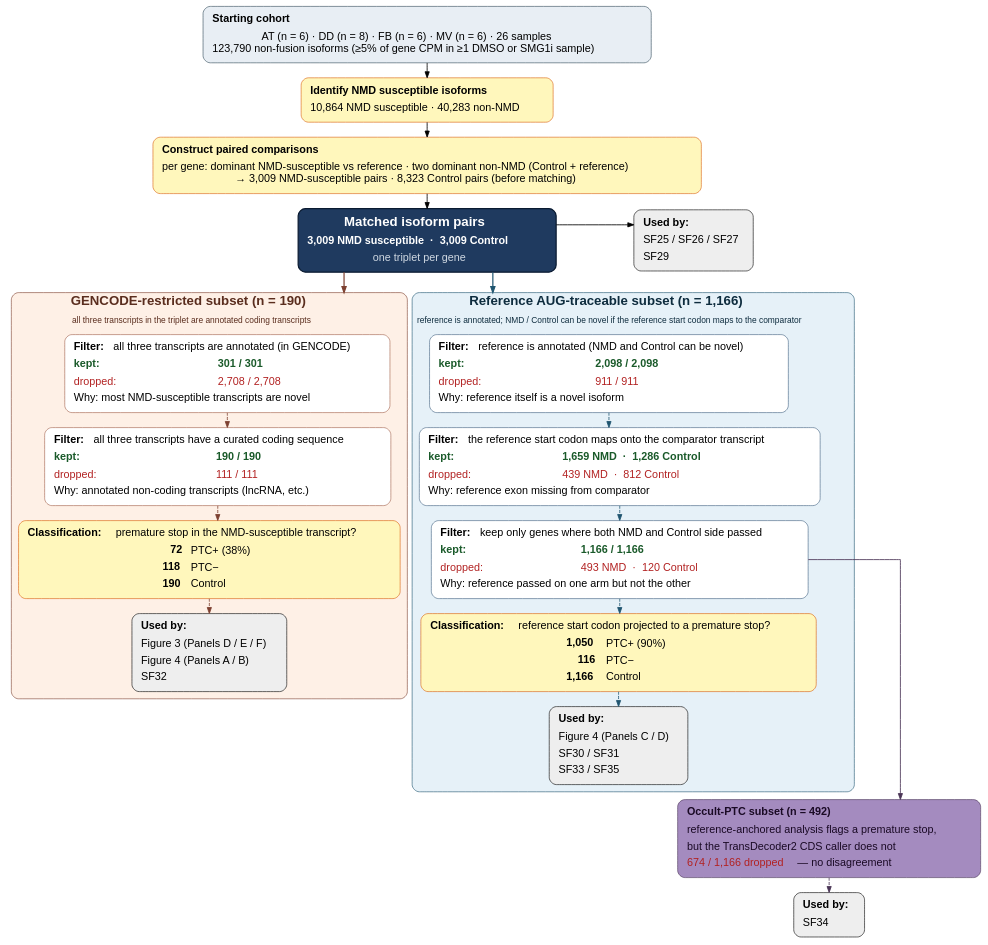
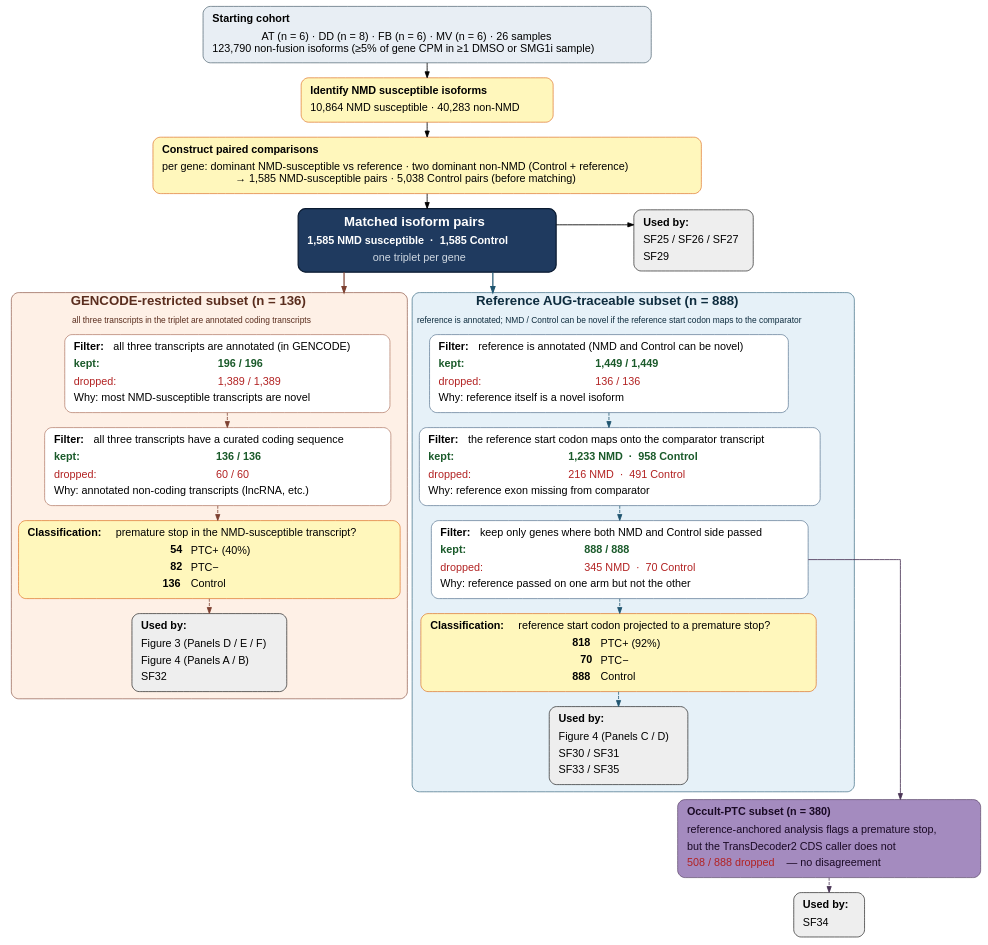
The diagram in figures/SupplementalFigures/SF28_PairAnalysisFlowchart/figure_s_pair_analysis_flowchart.dot (peter4244/nmd_isopair_analysis), drawn with Graphviz before and after one commit. The commit also changed 3 other files, not shown here.

First line of the commit message:
SF28: update pair-analysis flowchart cascade for reference floor

```diff
--- a/figures/SupplementalFigures/SF28_PairAnalysisFlowchart/figure_s_pair_analysis_flowchart.dot
+++ b/figures/SupplementalFigures/SF28_PairAnalysisFlowchart/figure_s_pair_analysis_flowchart.dot
@@ -10,14 +10,14 @@
   // ─── Starting cohort + upstream classification + pair construction
   U1 [label=<<TABLE BORDER="0" CELLBORDER="0" CELLSPACING="0" CELLPADDING="4"><TR><TD ALIGN="LEFT"><B>Starting cohort</B></TD></TR><TR><TD ALIGN="LEFT">AT (n = 6) · DD (n = 8) · FB (n = 6) · MV (n = 6) · 26 samples<BR/>123,790 non-fusion isoforms (≥5% of gene CPM in ≥1 DMSO or SMG1i sample)</TD></TR></TABLE>>, fillcolor="#e8eef4", color="#2f4858"]
   U2 [label=<<TABLE BORDER="0" CELLBORDER="0" CELLSPACING="0" CELLPADDING="4"><TR><TD ALIGN="LEFT"><B>Identify NMD susceptible isoforms</B></TD></TR><TR><TD ALIGN="LEFT">10,864 NMD susceptible · 40,283 non-NMD</TD></TR></TABLE>>, fillcolor="#fff7bc", color="#d95f0e"]
-  U3 [label=<<TABLE BORDER="0" CELLBORDER="0" CELLSPACING="0" CELLPADDING="4"><TR><TD ALIGN="LEFT"><B>Construct paired comparisons</B></TD></TR><TR><TD ALIGN="LEFT">per gene: dominant NMD-susceptible vs reference · two dominant non-NMD (Control + reference)<BR/>→ 3,009 NMD-susceptible pairs · 8,323 Control pairs (before matching)</TD></TR></TABLE>>, fillcolor="#fff7bc", color="#d95f0e"]
+  U3 [label=<<TABLE BORDER="0" CELLBORDER="0" CELLSPACING="0" CELLPADDING="4"><TR><TD ALIGN="LEFT"><B>Construct paired comparisons</B></TD></TR><TR><TD ALIGN="LEFT">per gene: dominant NMD-susceptible vs reference · two dominant non-NMD (Control + reference)<BR/>→ 1,585 NMD-susceptible pairs · 5,038 Control pairs (before matching)</TD></TR></TABLE>>, fillcolor="#fff7bc", color="#d95f0e"]
 
   U1 -> U2 -> U3
 
   // ─── Hub: matched isoform pairs ──────────────────────────────────
   HUB [label=<<TABLE BORDER="0" CELLBORDER="0" CELLSPACING="0" CELLPADDING="4">
                 <TR><TD ALIGN="CENTER"><FONT COLOR="white" POINT-SIZE="22"><B>Matched isoform pairs</B></FONT></TD></TR>
-                <TR><TD ALIGN="CENTER"><FONT COLOR="white"><B>3,009 NMD susceptible  ·  3,009 Control</B></FONT></TD></TR>
+                <TR><TD ALIGN="CENTER"><FONT COLOR="white"><B>1,585 NMD susceptible  ·  1,585 Control</B></FONT></TD></TR>
                 <TR><TD ALIGN="CENTER"><FONT COLOR="#cfd8e2" POINT-SIZE="18">one triplet per gene</FONT></TD></TR>
               </TABLE>>,
        fillcolor="#1f3a5f", color="#0a1a30", penwidth=2.0]
@@ -26,7 +26,7 @@
 
   // ─── Subset 1 cluster (left) ─────────────────────────────────────
   subgraph cluster_S1 {
-    label = <<FONT POINT-SIZE="22"><B>GENCODE-restricted subset (n = 190)</B></FONT><BR/><BR/>all three transcripts in the triplet are annotated coding transcripts>
+    label = <<FONT POINT-SIZE="22"><B>GENCODE-restricted subset (n = 136)</B></FONT><BR/><BR/>all three transcripts in the triplet are annotated coding transcripts>
     labelloc = "t"
     style = "rounded,filled"
     fillcolor = "#fef0e6"
@@ -38,11 +38,11 @@
        <TR><TD ALIGN="LEFT" COLSPAN="2"><B>Filter:</B>&nbsp;all three transcripts are annotated (in GENCODE)</TD></TR>
        <TR>
          <TD ALIGN="LEFT"><FONT COLOR="#1a5a2a"><B>kept:</B></FONT></TD>
-         <TD ALIGN="LEFT"><FONT COLOR="#1a5a2a"><B>301 / 301</B></FONT></TD>
+         <TD ALIGN="LEFT"><FONT COLOR="#1a5a2a"><B>196 / 196</B></FONT></TD>
        </TR>
        <TR>
          <TD ALIGN="LEFT"><FONT COLOR="#b22222">dropped:</FONT></TD>
-         <TD ALIGN="LEFT"><FONT COLOR="#b22222">2,708 / 2,708</FONT></TD>
+         <TD ALIGN="LEFT"><FONT COLOR="#b22222">1,389 / 1,389</FONT></TD>
        </TR>
        <TR>
          <TD ALIGN="LEFT" COLSPAN="2"><FONT POINT-SIZE="18" COLOR="#444">Why: most NMD-susceptible transcripts are novel</FONT></TD>
@@ -52,11 +52,11 @@
        <TR><TD ALIGN="LEFT" COLSPAN="2"><B>Filter:</B>&nbsp;all three transcripts have a curated coding sequence</TD></TR>
        <TR>
          <TD ALIGN="LEFT"><FONT COLOR="#1a5a2a"><B>kept:</B></FONT></TD>
-         <TD ALIGN="LEFT"><FONT COLOR="#1a5a2a"><B>190 / 190</B></FONT></TD>
+         <TD ALIGN="LEFT"><FONT COLOR="#1a5a2a"><B>136 / 136</B></FONT></TD>
        </TR>
        <TR>
          <TD ALIGN="LEFT"><FONT COLOR="#b22222">dropped:</FONT></TD>
-         <TD ALIGN="LEFT"><FONT COLOR="#b22222">111 / 111</FONT></TD>
+         <TD ALIGN="LEFT"><FONT COLOR="#b22222">60 / 60</FONT></TD>
        </TR>
        <TR>
          <TD ALIGN="LEFT" COLSPAN="2"><FONT POINT-SIZE="18" COLOR="#444">Why: annotated non-coding transcripts (lncRNA, etc.)</FONT></TD>
@@ -65,9 +65,9 @@
 
     S1_GROUPS [label=<<TABLE BORDER="0" CELLBORDER="0" CELLSPACING="0" CELLPADDING="4">
                        <TR><TD ALIGN="LEFT" COLSPAN="2"><B>Classification:</B>&nbsp;premature stop in the NMD-susceptible transcript?</TD></TR>
-                       <TR><TD ALIGN="RIGHT"><B>72</B></TD><TD ALIGN="LEFT">PTC+ (38%)</TD></TR>
-                       <TR><TD ALIGN="RIGHT"><B>118</B></TD><TD ALIGN="LEFT">PTC−</TD></TR>
-                       <TR><TD ALIGN="RIGHT"><B>190</B></TD><TD ALIGN="LEFT">Control</TD></TR>
+                       <TR><TD ALIGN="RIGHT"><B>54</B></TD><TD ALIGN="LEFT">PTC+ (40%)</TD></TR>
+                       <TR><TD ALIGN="RIGHT"><B>82</B></TD><TD ALIGN="LEFT">PTC−</TD></TR>
+                       <TR><TD ALIGN="RIGHT"><B>136</B></TD><TD ALIGN="LEFT">Control</TD></TR>
                      </TABLE>>,
                fillcolor="#fff7bc", color="#d95f0e"]
 
@@ -84,7 +84,7 @@
 
   // ─── Subset 2 cluster (right) ────────────────────────────────────
   subgraph cluster_S2 {
-    label = <<FONT POINT-SIZE="22"><B>Reference AUG-traceable subset (n = 1,166)</B></FONT><BR/><BR/>reference is annotated; NMD / Control can be novel if the reference start codon maps to the comparator>
+    label = <<FONT POINT-SIZE="22"><B>Reference AUG-traceable subset (n = 888)</B></FONT><BR/><BR/>reference is annotated; NMD / Control can be novel if the reference start codon maps to the comparator>
     labelloc = "t"
     style = "rounded,filled"
     fillcolor = "#e6f1f8"
@@ -96,11 +96,11 @@
        <TR><TD ALIGN="LEFT" COLSPAN="2"><B>Filter:</B>&nbsp;reference is annotated (NMD and Control can be novel)</TD></TR>
        <TR>
          <TD ALIGN="LEFT"><FONT COLOR="#1a5a2a"><B>kept:</B></FONT></TD>
-         <TD ALIGN="LEFT"><FONT COLOR="#1a5a2a"><B>2,098 / 2,098</B></FONT></TD>
+         <TD ALIGN="LEFT"><FONT COLOR="#1a5a2a"><B>1,449 / 1,449</B></FONT></TD>
        </TR>
        <TR>
          <TD ALIGN="LEFT"><FONT COLOR="#b22222">dropped:</FONT></TD>
-         <TD ALIGN="LEFT"><FONT COLOR="#b22222">911 / 911</FONT></TD>
+         <TD ALIGN="LEFT"><FONT COLOR="#b22222">136 / 136</FONT></TD>
        </TR>
        <TR>
          <TD ALIGN="LEFT" COLSPAN="2"><FONT POINT-SIZE="18" COLOR="#444">Why: reference itself is a novel isoform</FONT></TD>
@@ -110,11 +110,11 @@
        <TR><TD ALIGN="LEFT" COLSPAN="2"><B>Filter:</B>&nbsp;the reference start codon maps onto the comparator transcript</TD></TR>
        <TR>
          <TD ALIGN="LEFT"><FONT COLOR="#1a5a2a"><B>kept:</B></FONT></TD>
-         <TD ALIGN="LEFT"><FONT COLOR="#1a5a2a"><B>1,659 NMD  ·  1,286 Control</B></FONT></TD>
+         <TD ALIGN="LEFT"><FONT COLOR="#1a5a2a"><B>1,233 NMD  ·  958 Control</B></FONT></TD>
        </TR>
        <TR>
          <TD ALIGN="LEFT"><FONT COLOR="#b22222">dropped:</FONT></TD>
-         <TD ALIGN="LEFT"><FONT COLOR="#b22222">439 NMD  ·  812 Control</FONT></TD>
+         <TD ALIGN="LEFT"><FONT COLOR="#b22222">216 NMD  ·  491 Control</FONT></TD>
        </TR>
        <TR>
          <TD ALIGN="LEFT" COLSPAN="2"><FONT POINT-SIZE="18" COLOR="#444">Why: reference exon missing from comparator</FONT></TD>
@@ -124,11 +124,11 @@
        <TR><TD ALIGN="LEFT" COLSPAN="2"><B>Filter:</B>&nbsp;keep only genes where both NMD and Control side passed</TD></TR>
        <TR>
          <TD ALIGN="LEFT"><FONT COLOR="#1a5a2a"><B>kept:</B></FONT></TD>
-         <TD ALIGN="LEFT"><FONT COLOR="#1a5a2a"><B>1,166 / 1,166</B></FONT></TD>
+         <TD ALIGN="LEFT"><FONT COLOR="#1a5a2a"><B>888 / 888</B></FONT></TD>
        </TR>
        <TR>
          <TD ALIGN="LEFT"><FONT COLOR="#b22222">dropped:</FONT></TD>
-         <TD ALIGN="LEFT"><FONT COLOR="#b22222">493 NMD  ·  120 Control</FONT></TD>
+         <TD ALIGN="LEFT"><FONT COLOR="#b22222">345 NMD  ·  70 Control</FONT></TD>
        </TR>
        <TR>
          <TD ALIGN="LEFT" COLSPAN="2"><FONT POINT-SIZE="18" COLOR="#444">Why: reference passed on one arm but not the other</FONT></TD>
@@ -137,9 +137,9 @@
 
     S2_GROUPS [label=<<TABLE BORDER="0" CELLBORDER="0" CELLSPACING="0" CELLPADDING="4">
                        <TR><TD ALIGN="LEFT" COLSPAN="2"><B>Classification:</B>&nbsp;reference start codon projected to a premature stop?</TD></TR>
-                       <TR><TD ALIGN="RIGHT"><B>1,050</B></TD><TD ALIGN="LEFT">PTC+ (90%)</TD></TR>
-                       <TR><TD ALIGN="RIGHT"><B>116</B></TD><TD ALIGN="LEFT">PTC−</TD></TR>
-                       <TR><TD ALIGN="RIGHT"><B>1,166</B></TD><TD ALIGN="LEFT">Control</TD></TR>
+                       <TR><TD ALIGN="RIGHT"><B>818</B></TD><TD ALIGN="LEFT">PTC+ (92%)</TD></TR>
+                       <TR><TD ALIGN="RIGHT"><B>70</B></TD><TD ALIGN="LEFT">PTC−</TD></TR>
+                       <TR><TD ALIGN="RIGHT"><B>888</B></TD><TD ALIGN="LEFT">Control</TD></TR>
                      </TABLE>>,
                fillcolor="#fff7bc", color="#d95f0e"]
 
@@ -156,10 +156,10 @@
 
   // ─── Hidden-PTC sub-cascade ─────────────────────────────────────
   HPTC [label=<<TABLE BORDER="0" CELLBORDER="0" CELLSPACING="0" CELLPADDING="4">
-                <TR><TD ALIGN="LEFT"><B>Occult-PTC subset (n = 492)</B></TD></TR>
+                <TR><TD ALIGN="LEFT"><B>Occult-PTC subset (n = 380)</B></TD></TR>
                 <TR><TD ALIGN="LEFT">reference-anchored analysis flags a premature stop,</TD></TR>
                 <TR><TD ALIGN="LEFT">but the TransDecoder2 CDS caller does not</TD></TR>
-                <TR><TD ALIGN="LEFT"><FONT COLOR="#b22222">674 / 1,166 dropped</FONT> — no disagreement</TD></TR>
+                <TR><TD ALIGN="LEFT"><FONT COLOR="#b22222">508 / 888 dropped</FONT> — no disagreement</TD></TR>
               </TABLE>>,
         fillcolor="#a48bbf", color="#4a3556", fontcolor="#1a0a25"]
 
```
